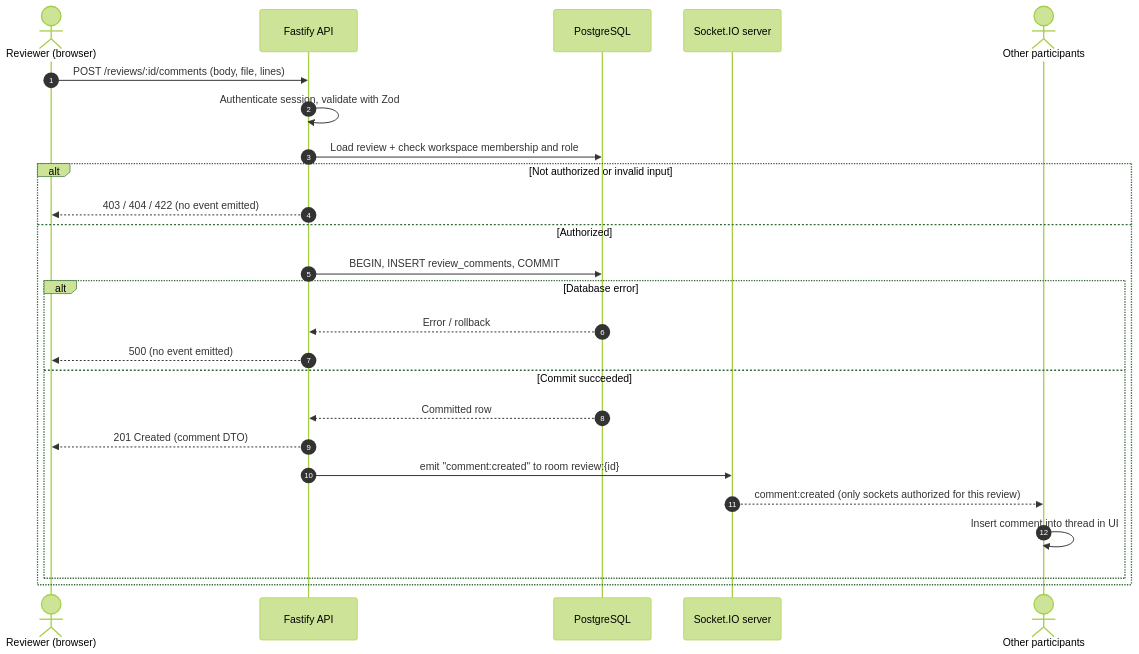
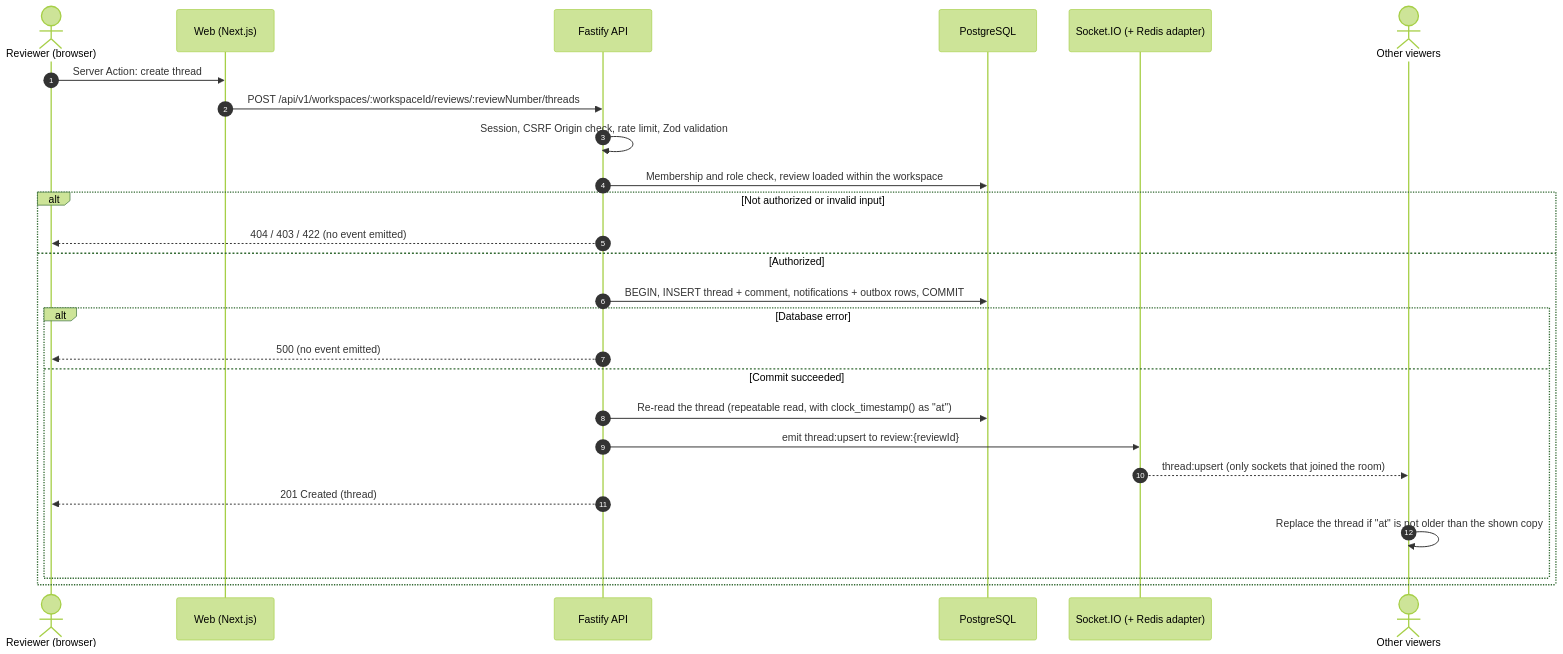
Before and after one commit to man-singh-dev/diffCraft: the second of 2 diagrams in docs/design/realtime.md, drawn with Mermaid (forest theme). The commit also changed other lines of this file and 34 other files, not shown here.

Commit message:
fix(realtime): revoke socket access when membership or sessions end & changed the readme

````diff
--- a/docs/design/realtime.md
+++ b/docs/design/realtime.md
@@ -48,28 +91,29 @@
 ```mermaid
 sequenceDiagram
     autonumber
     actor R as Reviewer (browser)
+    participant W as Web (Next.js)
     participant API as Fastify API
     participant DB as PostgreSQL
-    participant IO as Socket.IO server
-    actor O as Other participants
+    participant IO as Socket.IO (+ Redis adapter)
+    actor O as Other viewers
 
-    R->>API: POST /reviews/:id/comments (body, file, lines)
-    API->>API: Authenticate session, validate with Zod
-    API->>DB: Load review + check workspace membership and role
+    R->>W: Server Action: create thread
+    W->>API: POST /api/v1/workspaces/:workspaceId/reviews/:reviewNumber/threads
+    API->>API: Session, CSRF Origin check, rate limit, Zod validation
+    API->>DB: Membership and role check, review loaded within the workspace
     alt Not authorized or invalid input
-        API-->>R: 403 / 404 / 422 (no event emitted)
+        API-->>R: 404 / 403 / 422 (no event emitted)
     else Authorized
-        API->>DB: BEGIN, INSERT review_comments, COMMIT
+        API->>DB: BEGIN, INSERT thread + comment, notifications + outbox rows, COMMIT
         alt Database error
-            DB-->>API: Error / rollback
             API-->>R: 500 (no event emitted)
         else Commit succeeded
-            DB-->>API: Committed row
-            API-->>R: 201 Created (comment DTO)
-            API->>IO: emit "comment:created" to room review:{id}
-            IO-->>O: comment:created (only sockets authorized for this review)
-            O->>O: Insert comment into thread in UI
+            API->>DB: Re-read the thread (repeatable read, with clock_timestamp() as "at")
+            API->>IO: emit thread:upsert to review:{reviewId}
+            IO-->>O: thread:upsert (only sockets that joined the room)
+            API-->>R: 201 Created (thread)
+            O->>O: Replace the thread if "at" is not older than the shown copy
         end
     end
 ```
````
